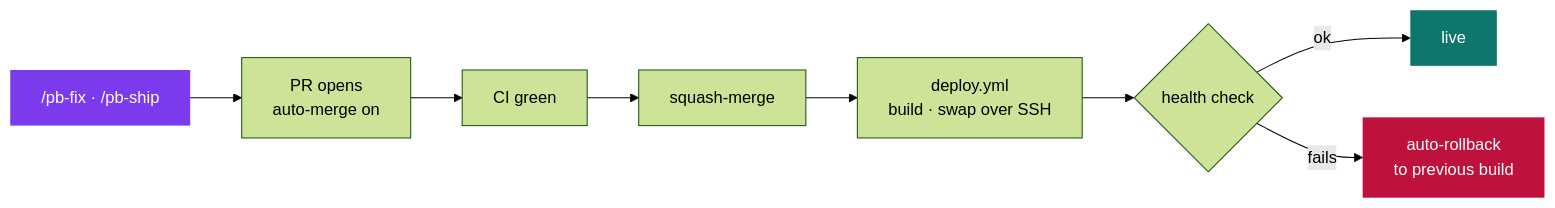
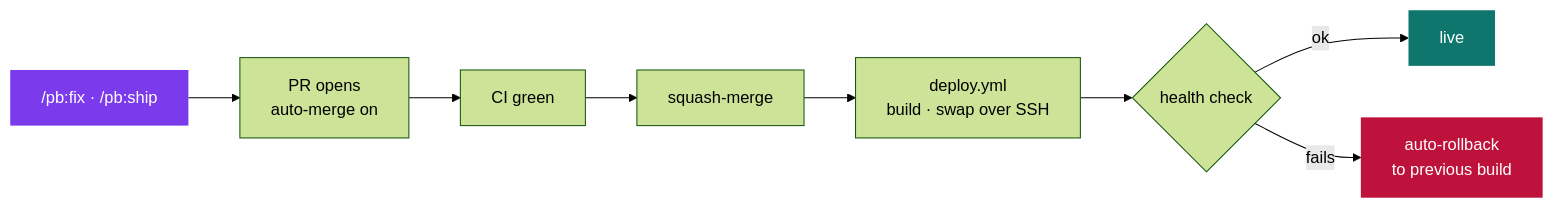
One commit to matthummel-pa/ai-dev-standards-playbook changed the second of 3 diagrams in README.md. Above: the diagram before and after it, drawn with Mermaid (forest theme). The commit also changed other lines of this file and 38 other files, not shown here.

````diff
--- a/README.md
+++ b/README.md
@@ -166,9 +151,9 @@
 ```mermaid
 flowchart LR
-  F["/pb-fix · /pb-ship"] --> P[PR opens<br/>auto-merge on] --> C[CI green] --> M[squash-merge] --> D[deploy.yml<br/>build · swap over SSH] --> H{health check}
+  F["/pb:fix · /pb:ship"] --> P[PR opens<br/>auto-merge on] --> C[CI green] --> M[squash-merge] --> D[deploy.yml<br/>build · swap over SSH] --> H{health check}
   H -- ok --> L[live]
   H -- fails --> R[auto-rollback<br/>to previous build]
   style F fill:#7c3aed,color:#fff,stroke:none
   style L fill:#0f766e,color:#fff,stroke:none
   style R fill:#be123c,color:#fff,stroke:none
 ```
````
